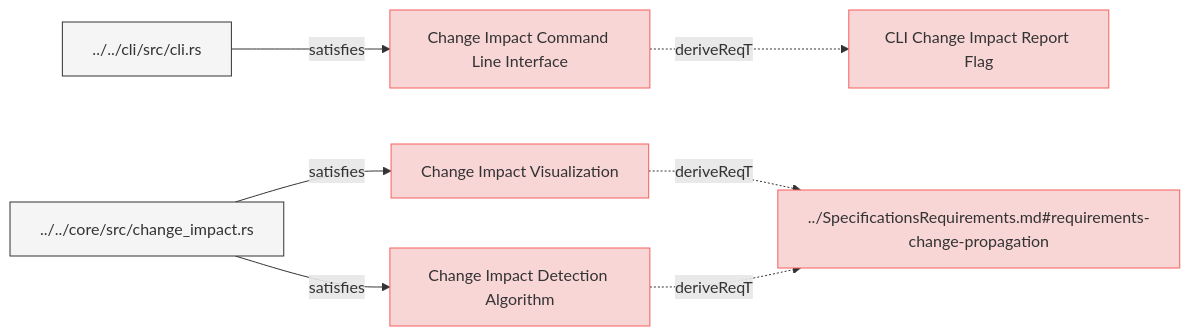
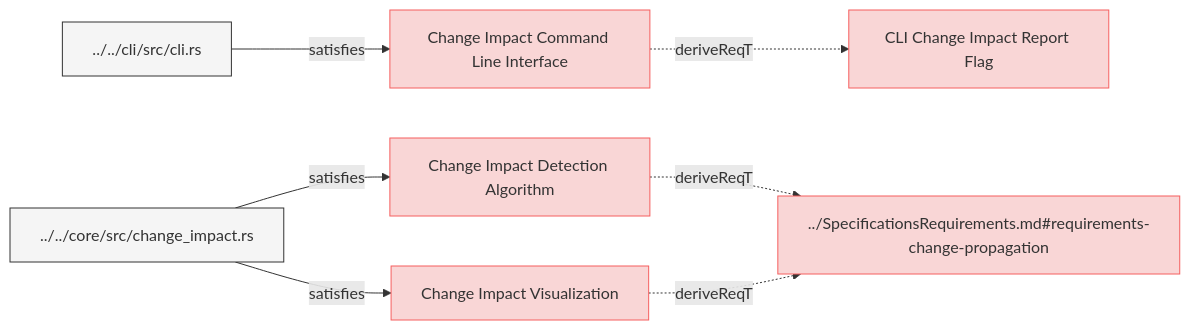
One commit to reqvire-org/reqvire changed the diagram in specifications/SystemRequirements/ChangeImpactPropagation.md. Above: the diagram before and after it, drawn with Mermaid. The commit also changed 72 other files, not shown here.

Commit message:
Major rework of the logic in reqvire. It uses git repository root as root folder and everything else is relative to it. External folders and specifications folder concept has been deprecated.

````diff
--- a/specifications/SystemRequirements/ChangeImpactPropagation.md
+++ b/specifications/SystemRequirements/ChangeImpactPropagation.md
@@ -6,36 +6,36 @@
 ```mermaid
 graph LR;
   %% Graph styling
   classDef requirement fill:#f9d6d6,stroke:#f55f5f,stroke-width:1px;
   classDef verification fill:#d6f9d6,stroke:#5fd75f,stroke-width:1px;
   classDef externalLink fill:#d0e0ff,stroke:#3080ff,stroke-width:1px;
   classDef default fill:#f5f5f5,stroke:#333333,stroke-width:1px;
 
   df07168dd5bc52f5["Change Impact Command Line Interface"];
-  click df07168dd5bc52f5 "https://github.com/Reqvire/reqvire/blob/ad88ba6b828e94c93382866fefd058c011c1ac60/specifications/SystemRequirements/ChangeImpactPropagation.md#change-impact-command-line-interface";
+  click df07168dd5bc52f5 "ChangeImpactPropagation.md#change-impact-command-line-interface";
   class df07168dd5bc52f5 requirement;
   c020978403254f09["CLI Change Impact Report Flag"];
   class c020978403254f09 requirement;
-  click c020978403254f09 "https://github.com/Reqvire/reqvire/blob/ad88ba6b828e94c93382866fefd058c011c1ac60/specifications/SystemRequirements/Requirements.md#cli-change-impact-report-flag";
+  click c020978403254f09 "Requirements.md#cli-change-impact-report-flag";
   df07168dd5bc52f5 -.->|deriveReqT| c020978403254f09;
   2f21d2133dbfd205["../../cli/src/cli.rs"];
   class 2f21d2133dbfd205 default;
-  click 2f21d2133dbfd205 "https://github.com/Reqvire/reqvire/blob/ad88ba6b828e94c93382866fefd058c011c1ac60/cli/src/cli.rs";
+  click 2f21d2133dbfd205 "../../cli/src/cli.rs";
   2f21d2133dbfd205 -->|satisfies| df07168dd5bc52f5;
-  b5f53f632fafec7e["Change Impact Visualization"];
-  click b5f53f632fafec7e "https://github.com/Reqvire/reqvire/blob/ad88ba6b828e94c93382866fefd058c011c1ac60/specifications/SystemRequirements/ChangeImpactPropagation.md#change-impact-visualization";
-  class b5f53f632fafec7e requirement;
+  d46f18156c13fc62["Change Impact Detection Algorithm"];
+  click d46f18156c13fc62 "ChangeImpactPropagation.md#change-impact-detection-algorithm";
+  class d46f18156c13fc62 requirement;
   d914e938be7e0abf["../SpecificationsRequirements.md#requirements-change-propagation"];
   class d914e938be7e0abf requirement;
-  click d914e938be7e0abf "https://github.com/Reqvire/reqvire/blob/ad88ba6b828e94c93382866fefd058c011c1ac60/specifications/SpecificationsRequirements.md#requirements-change-propagation";
-  b5f53f632fafec7e -.->|deriveReqT| d914e938be7e0abf;
+  click d914e938be7e0abf "../SpecificationsRequirements.md#requirements-change-propagation";
+  d46f18156c13fc62 -.->|deriveReqT| d914e938be7e0abf;
   76acbdfdc0fba01e["../../core/src/change_impact.rs"];
   class 76acbdfdc0fba01e default;
-  click 76acbdfdc0fba01e "https://github.com/Reqvire/reqvire/blob/ad88ba6b828e94c93382866fefd058c011c1ac60/core/src/change_impact.rs";
+  click 76acbdfdc0fba01e "../../core/src/change_impact.rs";
+  76acbdfdc0fba01e -->|satisfies| d46f18156c13fc62;
+  b5f53f632fafec7e["Change Impact Visualization"];
+  click b5f53f632fafec7e "ChangeImpactPropagation.md#change-impact-visualization";
+  class b5f53f632fafec7e requirement;
+  b5f53f632fafec7e -.->|deriveReqT| d914e938be7e0abf;
   76acbdfdc0fba01e -->|satisfies| b5f53f632fafec7e;
-  d46f18156c13fc62["Change Impact Detection Algorithm"];
-  click d46f18156c13fc62 "https://github.com/Reqvire/reqvire/blob/ad88ba6b828e94c93382866fefd058c011c1ac60/specifications/SystemRequirements/ChangeImpactPropagation.md#change-impact-detection-algorithm";
-  class d46f18156c13fc62 requirement;
-  d46f18156c13fc62 -.->|deriveReqT| d914e938be7e0abf;
-  76acbdfdc0fba01e -->|satisfies| d46f18156c13fc62;
 ```
````
